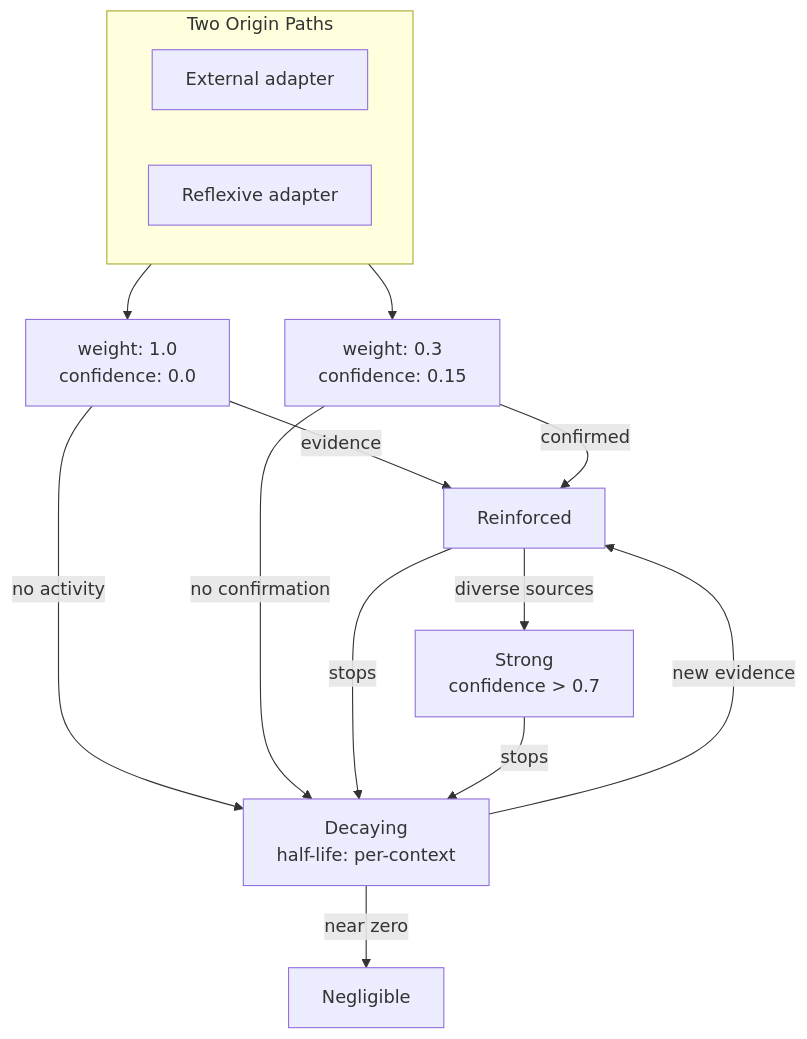
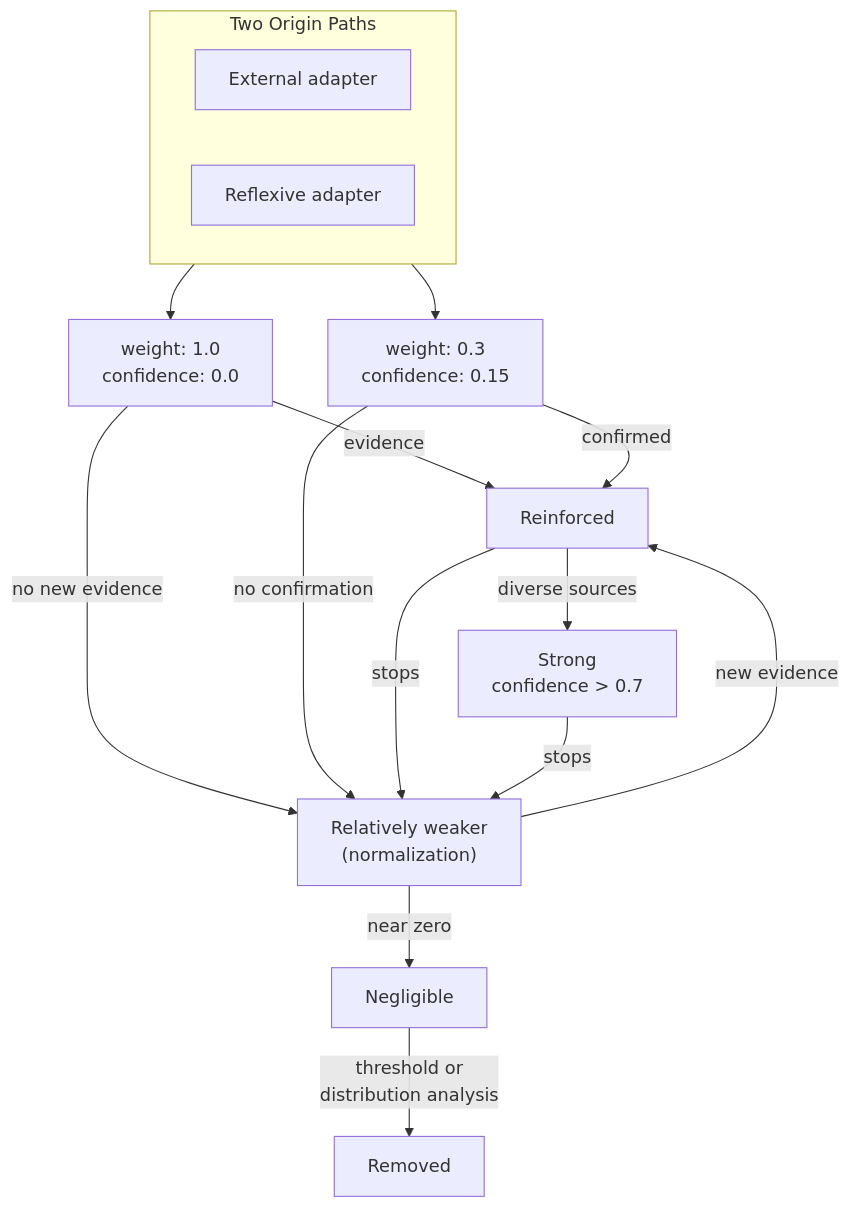
Before and after one commit to nrgforge/plexus: the tenth of 10 diagrams in docs/semantic-adapters-design.md, drawn with Mermaid. The commit also changed other lines of this file and 1 other file, not shown here.

First line of the commit message:
docs: add provenance split, normalization model, events, and sink semantics

````diff
--- a/docs/semantic-adapters-design.md
+++ b/docs/semantic-adapters-design.md
@@ -329,29 +525,31 @@
 ```mermaid
 flowchart TB
     subgraph origin ["Two Origin Paths"]
         direction LR
         ext["External adapter"]
         ref["Reflexive adapter"]
     end
 
     ext --> active["weight: 1.0
     confidence: 0.0"]
     ref --> weak["weight: 0.3
     confidence: 0.15"]
 
     active -->|"evidence"| reinforced
-    active -->|"no activity"| decaying
+    active -->|"no new evidence"| weakening
     weak -->|"confirmed"| reinforced
-    weak -->|"no confirmation"| decaying
+    weak -->|"no confirmation"| weakening
 
     reinforced["Reinforced"] -->|"diverse sources"| strong["Strong
     confidence > 0.7"]
-    reinforced -->|"stops"| decaying
+    reinforced -->|"stops"| weakening
 
-    strong -->|"stops"| decaying
+    strong -->|"stops"| weakening
 
-    decaying["Decaying
-    half-life: per-context"] -->|"new evidence"| reinforced
-    decaying -->|"near zero"| negligible["Negligible"]
+    weakening["Relatively weaker
+    (normalization)"] -->|"new evidence"| reinforced
+    weakening -->|"near zero"| negligible["Negligible"]
+    negligible -->|"threshold or
+    distribution analysis"| removed["Removed"]
 
 ```
````
